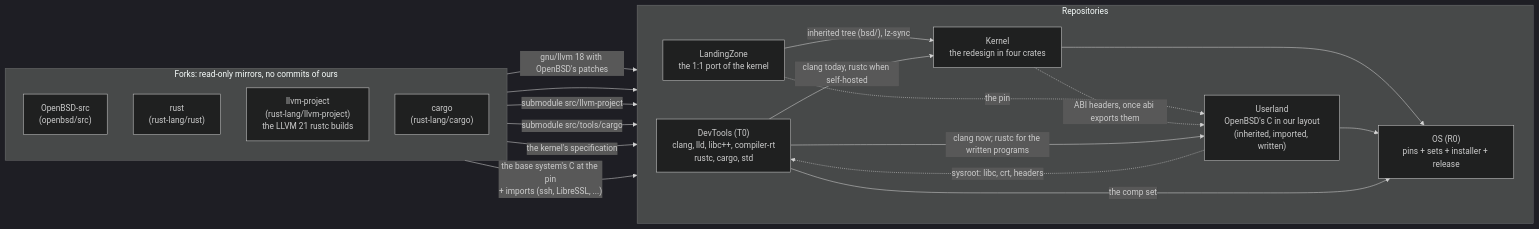
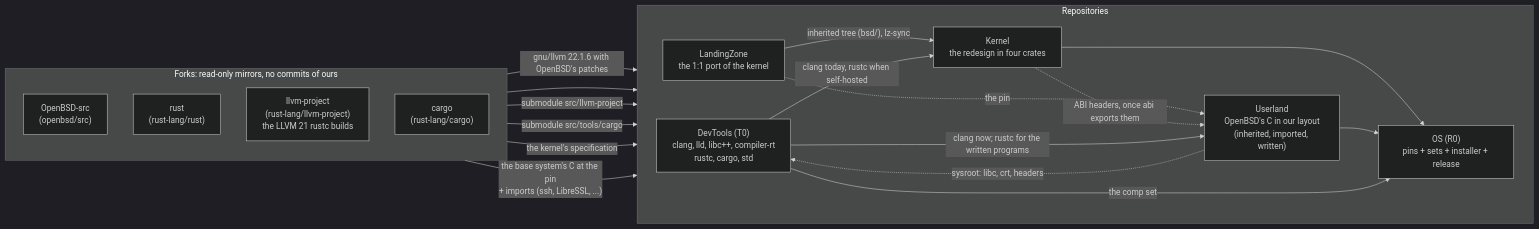
Before and after one commit to EmiBSD/Governance: the first of 3 diagrams in docs/architecture.md, drawn with Mermaid (dark theme). The commit also changed other lines of this file and 4 other files, not shown here.

````diff
--- a/docs/architecture.md
+++ b/docs/architecture.md
@@ -11,38 +11,38 @@
 ```mermaid
 flowchart LR
     subgraph forks["Forks: read-only mirrors, no commits of ours"]
         direction TB
         obsd["OpenBSD-src<br/>(openbsd/src)"]
         rust["rust<br/>(rust-lang/rust)"]
         llvmrs["llvm-project<br/>(rust-lang/llvm-project)<br/>the LLVM 21 rustc builds"]
         cargo["cargo<br/>(rust-lang/cargo)"]
     end
 
     subgraph repos["Repositories"]
         direction LR
         dev["DevTools (T0)<br/>clang, lld, libc++, compiler-rt<br/>rustc, cargo, std"]
         lz["LandingZone<br/>the 1:1 port of the kernel"]
         ul["Userland<br/>OpenBSD's C in our layout<br/>(inherited, imported, written)"]
         k["Kernel<br/>the redesign in four crates"]
         os["OS (R0)<br/>pins + sets + installer + release"]
     end
 
-    obsd -- "gnu/llvm 18 with OpenBSD's patches" --> dev
+    obsd -- "gnu/llvm 22.1.6 with OpenBSD's patches" --> dev
     rust --> dev
     llvmrs -- "submodule src/llvm-project" --> dev
     cargo -- "submodule src/tools/cargo" --> dev
 
     obsd -- "the kernel's specification" --> lz
     obsd -- "the base system's C at the pin<br/>+ imports (ssh, LibreSSL, ...)" --> ul
     lz -- "inherited tree (bsd/), lz-sync" --> k
     lz -. "the pin" .-> ul
     k -. "ABI headers, once abi exports them" .-> ul
 
     dev -- "clang now; rustc for the written programs" --> ul
     dev -- "clang today, rustc when self-hosted" --> k
     ul -. "sysroot: libc, crt, headers" .-> dev
 
     k --> os
     ul --> os
     dev -- "the comp set" --> os
 ```
````
